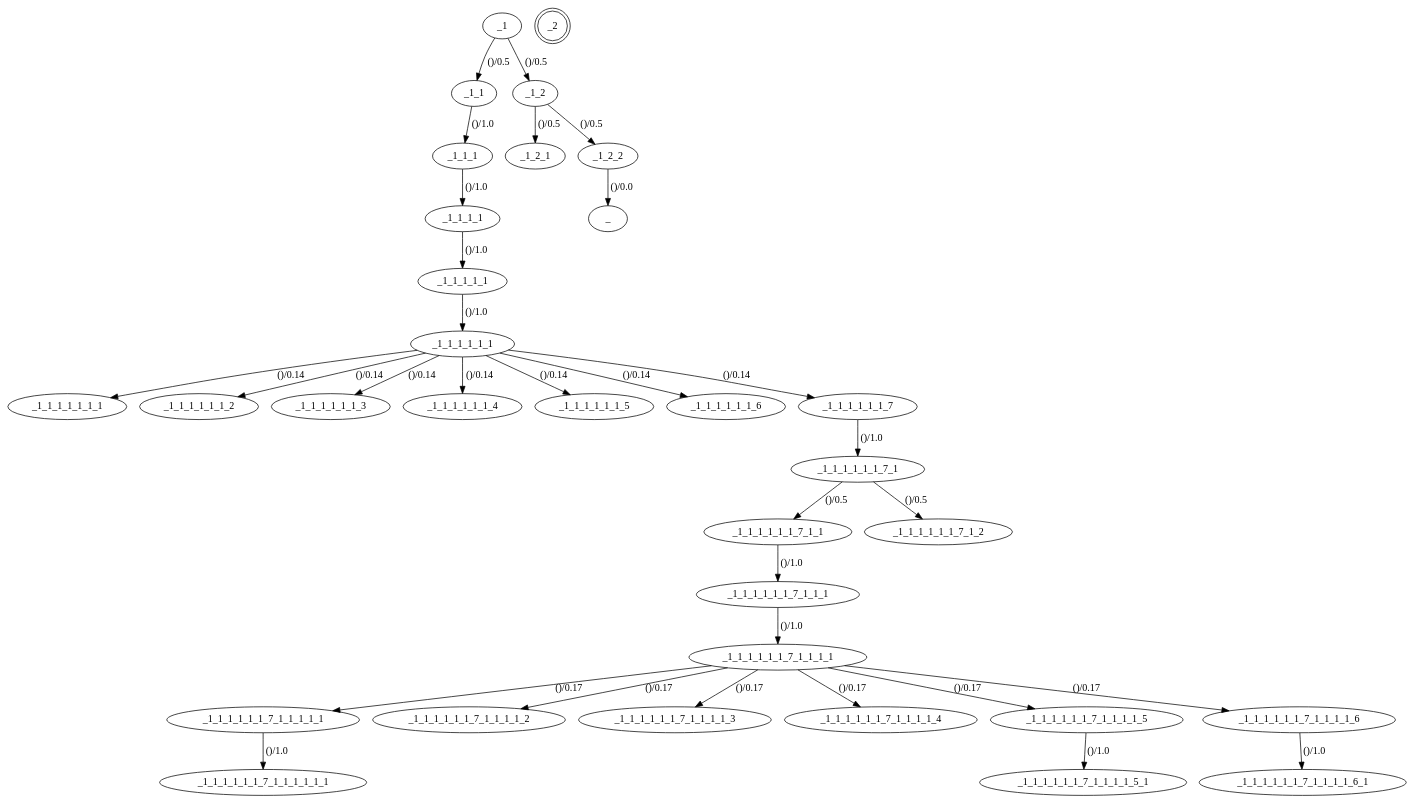
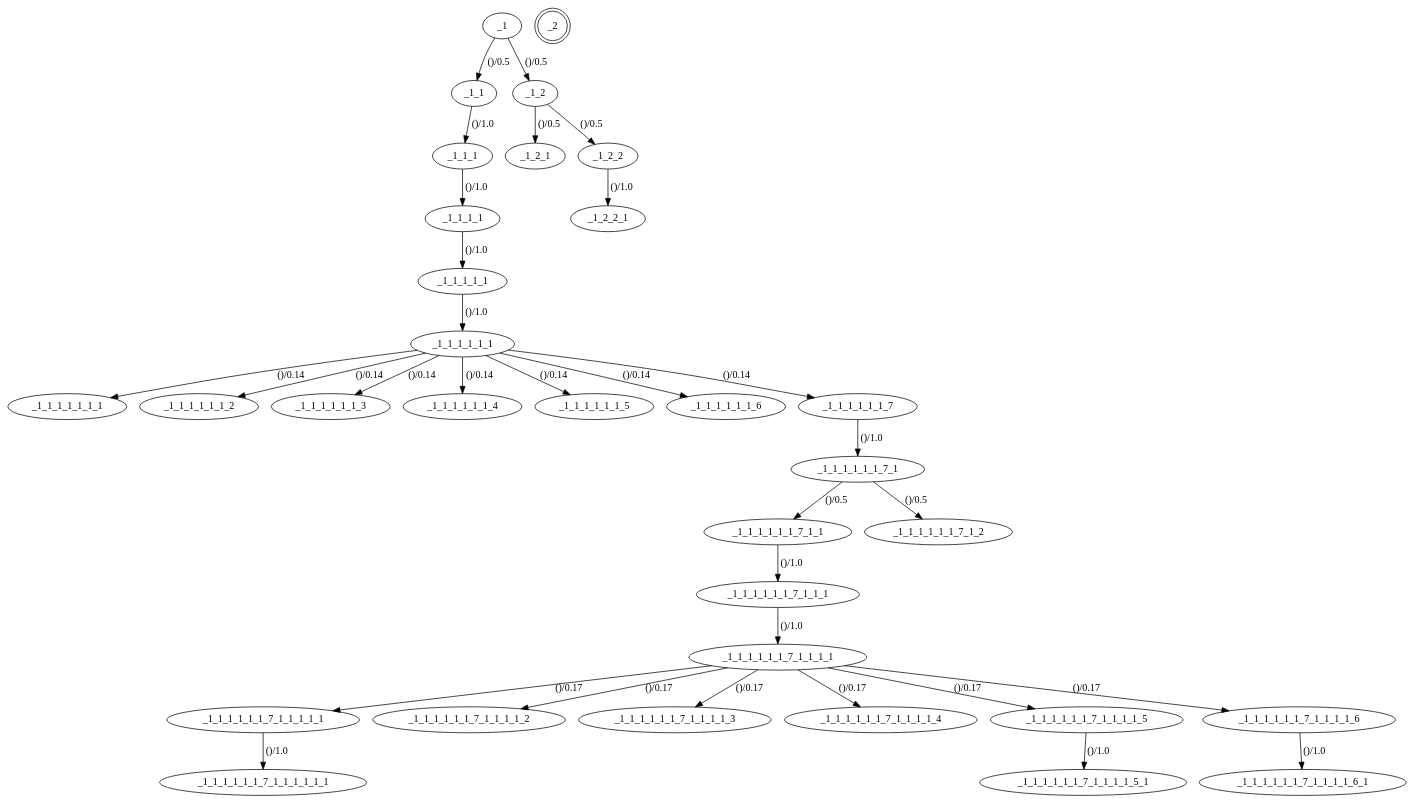
Before and after one commit to helttu/slideco-tests: the diagram in qauto_deco/pagemodel/structure.gv, drawn with Graphviz. The commit also changed 7 other files, not shown here.

```diff
--- a/qauto_deco/pagemodel/structure.gv
+++ b/qauto_deco/pagemodel/structure.gv
@@ -1,65 +1,66 @@
 digraph default_model {
 //States
 _1
 _1_1_1
 _1_1
 _1_1_1_1
 _1_1_1_1_1
 _1_1_1_1_1_1
 _1_1_1_1_1_1_1
 _1_1_1_1_1_1_2
 _1_1_1_1_1_1_3
 _1_1_1_1_1_1_4
 _1_1_1_1_1_1_5
 _1_1_1_1_1_1_6
 _1_1_1_1_1_1_7
 _1_1_1_1_1_1_7_1
 _1_1_1_1_1_1_7_1_1
 _1_1_1_1_1_1_7_1_1_1
 _1_1_1_1_1_1_7_1_1_1_1
 _1_1_1_1_1_1_7_1_1_1_1_1
 _1_1_1_1_1_1_7_1_1_1_1_2
 _1_1_1_1_1_1_7_1_1_1_1_3
 _1_1_1_1_1_1_7_1_1_1_1_4
 _1_1_1_1_1_1_7_1_1_1_1_5
 _1_1_1_1_1_1_7_1_1_1_1_5_1
 _1_1_1_1_1_1_7_1_2
 _1_2
 _1_2_1
 _1_2_2
 _1_1_1_1_1_1_7_1_1_1_1_1_1
 _1_1_1_1_1_1_7_1_1_1_1_6
 _1_1_1_1_1_1_7_1_1_1_1_6_1
+_1_2_2_1
 _2[shape = "doublecircle"]
 //Transitions
 _1 -> _1_1[ label = "()/0.5", probability = "0.5", set_guard = "(u'', u'')", check_guard = "(u'', u'')", edge_id = "fc549930-c01f-11e5-bdbc-a94980e8de8d"]
 _1_1 -> _1_1_1[ label = "()/1.0", probability = "1.0", set_guard = "(u'', u'')", check_guard = "(u'', u'')", edge_id = "fe4879ee-c01f-11e5-8b18-a94980e8de8d"]
 _1_1_1 -> _1_1_1_1[ label = "()/1.0", probability = "1.0", set_guard = "(u'', u'')", check_guard = "(u'', u'')", edge_id = "ac323121-c02d-11e5-8503-a94980e8de8d"]
 _1_1_1_1 -> _1_1_1_1_1[ label = "()/1.0", probability = "1.0", set_guard = "(u'', u'')", check_guard = "(u'', u'')", edge_id = "2e873671-c02e-11e5-a260-a94980e8de8d"]
 _1_1_1_1_1 -> _1_1_1_1_1_1[ label = "()/1.0", probability = "1.0", set_guard = "(u'', u'')", check_guard = "(u'', u'')", edge_id = "fa83d631-c032-11e5-aabc-a94980e8de8d"]
 _1_1_1_1_1_1 -> _1_1_1_1_1_1_1[ label = "()/0.14", probability = "0.142857142857", set_guard = "(u'', u'')", check_guard = "(u'', u'')", edge_id = "8bbcdc9f-c038-11e5-88a6-a94980e8de8d"]
 _1_1_1_1_1_1 -> _1_1_1_1_1_1_2[ label = "()/0.14", probability = "0.142857142857", set_guard = "(u'', u'')", check_guard = "(u'', u'')", edge_id = "e2cac7ef-c038-11e5-b7d3-a94980e8de8d"]
 _1_1_1_1_1_1 -> _1_1_1_1_1_1_3[ label = "()/0.14", probability = "0.142857142857", set_guard = "(u'', u'')", check_guard = "(u'', u'')", edge_id = "0b82f9ae-c039-11e5-b3ff-a94980e8de8d"]
 _1_1_1_1_1_1 -> _1_1_1_1_1_1_4[ label = "()/0.14", probability = "0.142857142857", set_guard = "(u'', u'')", check_guard = "(u'', u'')", edge_id = "3bceb6e2-c039-11e5-9122-a94980e8de8d"]
 _1_1_1_1_1_1 -> _1_1_1_1_1_1_5[ label = "()/0.14", probability = "0.142857142857", set_guard = "(u'', u'')", check_guard = "(u'', u'')", edge_id = "fdcfa1a1-c039-11e5-8b14-a94980e8de8d"]
 _1_1_1_1_1_1 -> _1_1_1_1_1_1_6[ label = "()/0.14", probability = "0.142857142857", set_guard = "(u'', u'')", check_guard = "(u'', u'')", edge_id = "ff775e30-c039-11e5-93ba-a94980e8de8d"]
 _1_1_1_1_1_1 -> _1_1_1_1_1_1_7[ label = "()/0.14", probability = "0.142857142857", set_guard = "(u'', u'')", check_guard = "(u'', u'')", edge_id = "01636f5f-c03d-11e5-94c1-a94980e8de8d"]
 _1_1_1_1_1_1_7 -> _1_1_1_1_1_1_7_1[ label = "()/1.0", probability = "1.0", set_guard = "(u'', u'')", check_guard = "(u'', u'')", edge_id = "63c5beb1-c03d-11e5-986f-a94980e8de8d"]
 _1_1_1_1_1_1_7_1 -> _1_1_1_1_1_1_7_1_1[ label = "()/0.5", probability = "0.5", set_guard = "(u'', u'')", check_guard = "(u'', u'')", edge_id = "81ed66c1-c03f-11e5-b923-a94980e8de8d"]
 _1_1_1_1_1_1_7_1_1 -> _1_1_1_1_1_1_7_1_1_1[ label = "()/1.0", probability = "1.0", set_guard = "(u'', u'')", check_guard = "(u'', u'')", edge_id = "80083690-c040-11e5-a873-a94980e8de8d"]
 _1_1_1_1_1_1_7_1_1_1 -> _1_1_1_1_1_1_7_1_1_1_1[ label = "()/1.0", probability = "1.0", set_guard = "(u'', u'')", check_guard = "(u'', u'')", edge_id = "110f70e2-c041-11e5-8143-a94980e8de8d"]
 _1_1_1_1_1_1_7_1_1_1_1 -> _1_1_1_1_1_1_7_1_1_1_1_1[ label = "()/0.17", probability = "0.166666666667", set_guard = "(u'', u'')", check_guard = "(u'', u'')", edge_id = "cb99f522-c041-11e5-8451-a94980e8de8d"]
 _1_1_1_1_1_1_7_1_1_1_1 -> _1_1_1_1_1_1_7_1_1_1_1_2[ label = "()/0.17", probability = "0.166666666667", set_guard = "(u'', u'')", check_guard = "(u'', u'')", edge_id = "018954a1-c042-11e5-88d0-a94980e8de8d"]
 _1_1_1_1_1_1_7_1_1_1_1 -> _1_1_1_1_1_1_7_1_1_1_1_3[ label = "()/0.17", probability = "0.166666666667", set_guard = "(u'', u'')", check_guard = "(u'', u'')", edge_id = "2f99eede-c042-11e5-a975-a94980e8de8d"]
 _1_1_1_1_1_1_7_1_1_1_1 -> _1_1_1_1_1_1_7_1_1_1_1_4[ label = "()/0.17", probability = "0.166666666667", set_guard = "(u'', u'')", check_guard = "(u'', u'')", edge_id = "59dcb841-c042-11e5-a3d8-a94980e8de8d"]
 _1_1_1_1_1_1_7_1_1_1_1 -> _1_1_1_1_1_1_7_1_1_1_1_5[ label = "()/0.17", probability = "0.166666666667", set_guard = "(u'', u'')", check_guard = "(u'', u'')", edge_id = "9ddb07e2-c042-11e5-a824-a94980e8de8d"]
 _1_1_1_1_1_1_7_1_1_1_1_5 -> _1_1_1_1_1_1_7_1_1_1_1_5_1[ label = "()/1.0", probability = "1.0", set_guard = "(u'', u'')", check_guard = "(u'', u'')", edge_id = "a6ca075e-c0c0-11e5-bbbb-a94980e8de8d"]
 _1_1_1_1_1_1_7_1 -> _1_1_1_1_1_1_7_1_2[ label = "()/0.5", probability = "0.5", set_guard = "(u'', u'')", check_guard = "(u'', u'')", edge_id = "90f4aa10-c0c2-11e5-9162-a94980e8de8d"]
 _1_2 -> _1_2_1[ label = "()/0.5", probability = "0.5", set_guard = "(u'', u'')", check_guard = "(u'', u'')", edge_id = "b18e8770-c5a2-11e5-922c-2c600cd4c6d7"]
 _1_1_1_1_1_1_7_1_1_1_1_1 -> _1_1_1_1_1_1_7_1_1_1_1_1_1[ label = "()/1.0", probability = "1.0", set_guard = "(u'', u'')", check_guard = "(u'', u'')", edge_id = "2f5d7d41-c8b5-11e5-b5b1-00247e035201"]
 _1_1_1_1_1_1_7_1_1_1_1 -> _1_1_1_1_1_1_7_1_1_1_1_6[ label = "()/0.17", probability = "0.166666666667", set_guard = "(u'', u'')", check_guard = "(u'', u'')", edge_id = "63b998ef-c8bd-11e5-b359-00247e035201"]
 _1_1_1_1_1_1_7_1_1_1_1_6 -> _1_1_1_1_1_1_7_1_1_1_1_6_1[ label = "()/1.0", probability = "1.0", set_guard = "(u'', u'')", check_guard = "(u'', u'')", edge_id = "b40472c1-c8be-11e5-b9d2-00247e035201"]
 _1 -> _1_2[ label = "()/0.5", probability = "0.5", set_guard = "(u'', u'')", check_guard = "(u'', u'')", edge_id = "d7b9c1e1-c975-11e5-b0eb-a94980e8de8d"]
 _1_2 -> _1_2_2[ label = "()/0.5", probability = "0.5", set_guard = "(u'', u'')", check_guard = "(u'', u'')", edge_id = "dfcd2bb0-c975-11e5-99fe-a94980e8de8d"]
-_1_2_2 -> _[ label = "()/0.0", probability = "0.0", set_guard = "('', '')", check_guard = "('', '')", edge_id = "0cae42b1-cb4f-11e5-a345-2c600cd4c6d7"]
+_1_2_2 -> _1_2_2_1[ label = "()/1.0", probability = "1.0", set_guard = "(u'', u'')", check_guard = "(u'', u'')", edge_id = "0cae42b1-cb4f-11e5-a345-2c600cd4c6d7"]
 }
```
